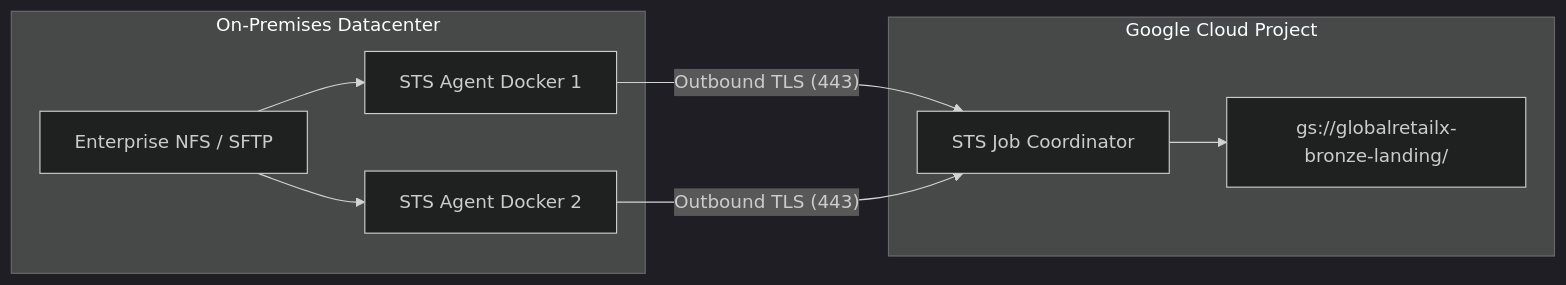
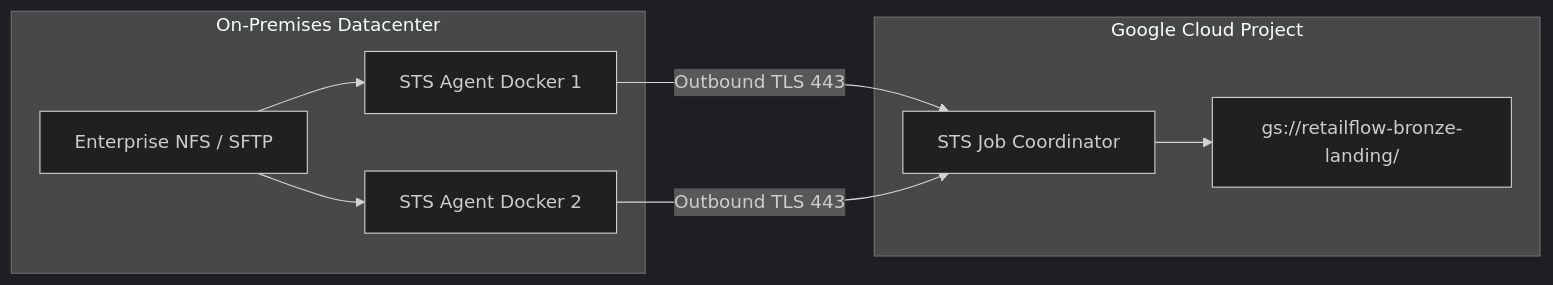
Before and after one commit to rohithvishaal/GCP_PDE_Notes: the fourth of 5 diagrams in 03_phase2_lifecycle_architecture/01_source_acquisition_and_batch_ingest.md, drawn with Mermaid (dark theme). The commit also changed other lines of this file and 15 other files, not shown here.

````diff
--- a/03_phase2_lifecycle_architecture/01_source_acquisition_and_batch_ingest.md
+++ b/03_phase2_lifecycle_architecture/01_source_acquisition_and_batch_ingest.md
@@ -157,13 +358,13 @@
 ```mermaid
 graph LR
     subgraph On-Premises Datacenter
         NFS[Enterprise NFS / SFTP] --> Agent1[STS Agent Docker 1]
         NFS --> Agent2[STS Agent Docker 2]
     end
 
     subgraph Google Cloud Project
-        Agent1 -- Outbound TLS (443) --> STSCoord[STS Job Coordinator]
-        Agent2 -- Outbound TLS (443) --> STSCoord
-        STSCoord --> GCSBronze[gs://globalretailx-bronze-landing/]
+        Agent1 -- Outbound TLS 443 --> STSCoord[STS Job Coordinator]
+        Agent2 -- Outbound TLS 443 --> STSCoord
+        STSCoord --> GCSBronze[gs://retailflow-bronze-landing/]
     end
 ```
````
